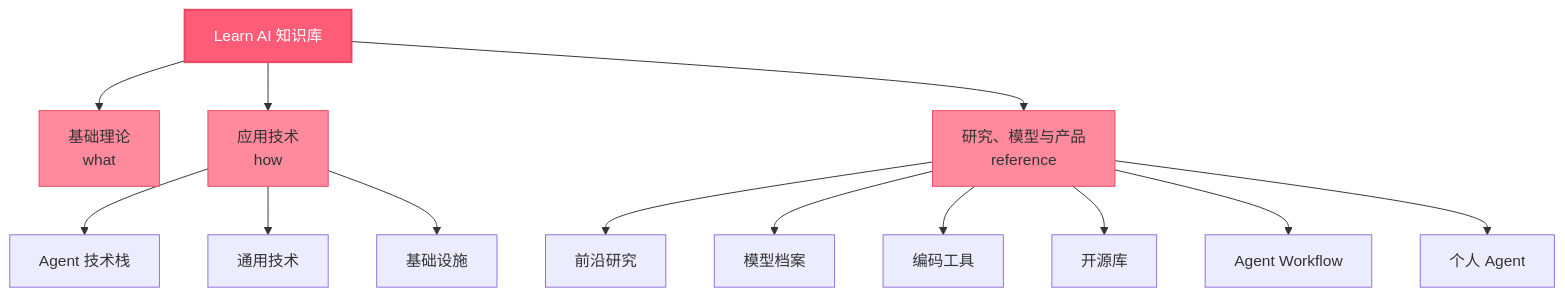
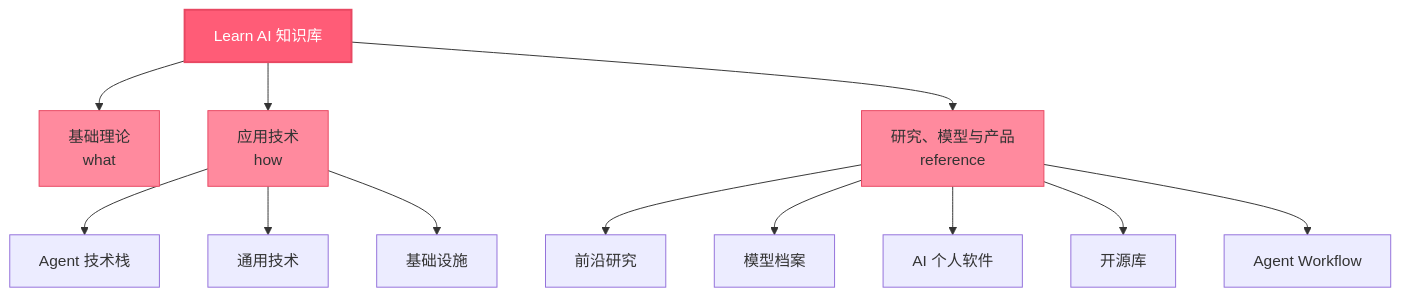
One commit to wang-x-xia/learn-ai changed the diagram in docs/index.md. Above: the diagram before and after it, drawn with Mermaid. The commit also changed 20 other files, not shown here.

First line of the commit message:
refactor: 合并 coding-agents/ 和 personal-agents/ 为 ai-personal-software/

````diff
--- a/docs/index.md
+++ b/docs/index.md
@@ -16,22 +16,31 @@
 ```mermaid
 graph TD
     A[Learn AI 知识库] --> B[基础理论<br/>what]
     A --> C[应用技术<br/>how]
     A --> D[研究、模型与产品<br/>reference]
 
     C --> C1[Agent 技术栈]
     C --> C2[通用技术]
     C --> C3[基础设施]
 
     D --> D1[前沿研究]
     D --> D2[模型档案]
-    D --> D3[编码工具]
+    D --> D3[AI 个人软件]
     D --> D4[开源库]
     D --> D5[Agent Workflow]
-    D --> D6[个人 Agent]
+
+    click B href "foundations/"
+    click C1 href "agent/"
+    click C2 href "applied/"
+    click C3 href "infrastructure/"
+    click D1 href "research/"
+    click D2 href "model/"
+    click D3 href "ai-personal-software/"
+    click D4 href "libraries/"
+    click D5 href "agent-workflow/"
 
     style A fill:#FF5C77,stroke:#E84862,stroke-width:2px,color:#fff
     style B fill:#FF8A9E,stroke:#E84862,stroke-width:1px
     style C fill:#FF8A9E,stroke:#E84862,stroke-width:1px
     style D fill:#FF8A9E,stroke:#E84862,stroke-width:1px
 ```
````
